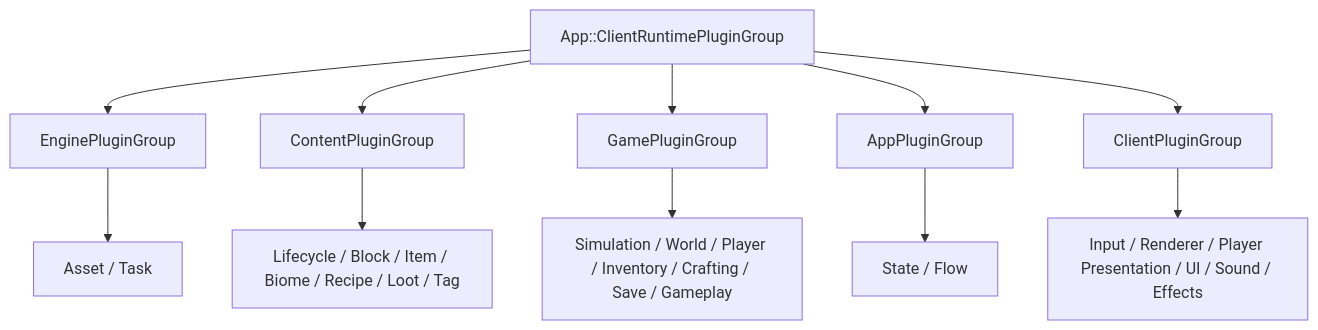
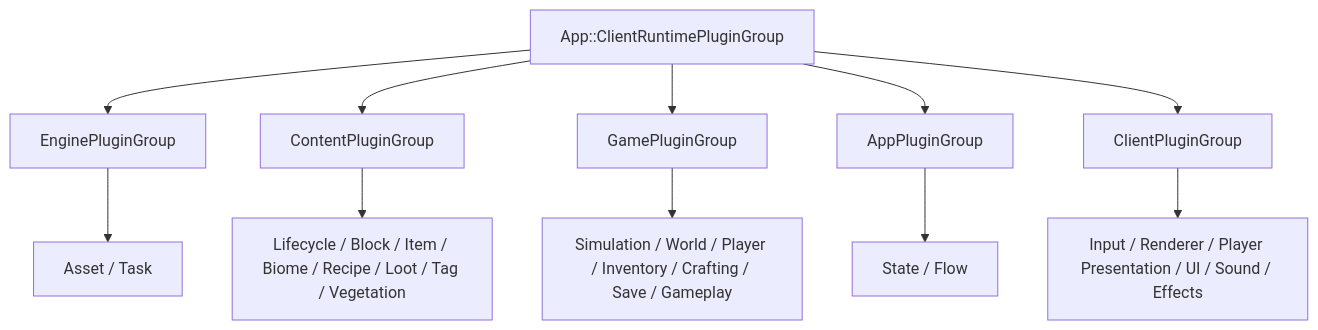
Before and after one commit to zimingYS/century_journey: the third of 3 diagrams in docs/PLUGIN_DEPENDENCY_MAP.md, drawn with Mermaid. The commit also changed other lines of this file and 95 other files, not shown here.

````diff
--- a/docs/PLUGIN_DEPENDENCY_MAP.md
+++ b/docs/PLUGIN_DEPENDENCY_MAP.md
@@ -276,15 +279,15 @@
 ```mermaid
 flowchart TD
     AppRuntime["App::ClientRuntimePluginGroup"]
     AppRuntime --> EngineGroup["EnginePluginGroup"]
     AppRuntime --> ContentGroup["ContentPluginGroup"]
     AppRuntime --> GameGroup["GamePluginGroup"]
     AppRuntime --> AppGroup["AppPluginGroup"]
     AppRuntime --> ClientGroup["ClientPluginGroup"]
 
     EngineGroup --> EngineLeaf["Asset / Task"]
-    ContentGroup --> ContentLeaf["Lifecycle / Block / Item / Biome / Recipe / Loot / Tag"]
+    ContentGroup --> ContentLeaf["Lifecycle / Block / Item / Biome / Recipe / Loot / Tag / Vegetation"]
     GameGroup --> GameLeaf["Simulation / World / Player / Inventory / Crafting / Save / Gameplay"]
     AppGroup --> AppLeaf["State / Flow"]
     ClientGroup --> ClientLeaf["Input / Renderer / Player Presentation / UI / Sound / Effects"]
 ```
````
